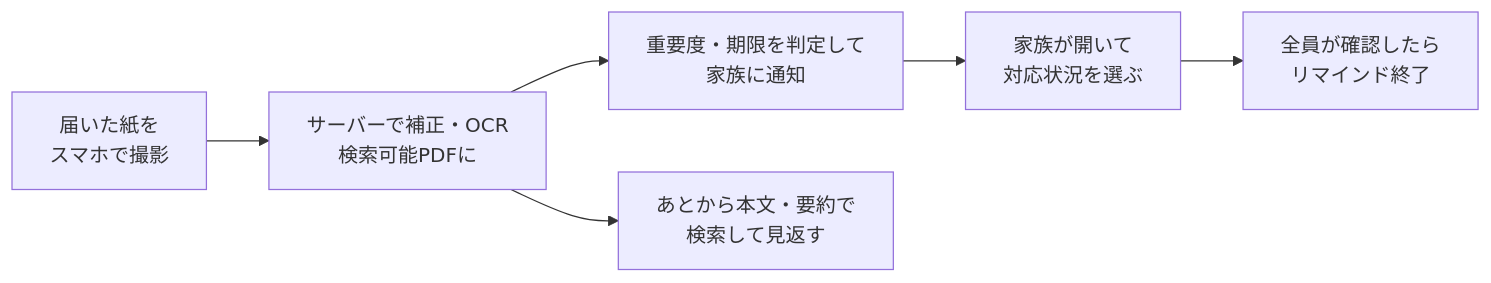
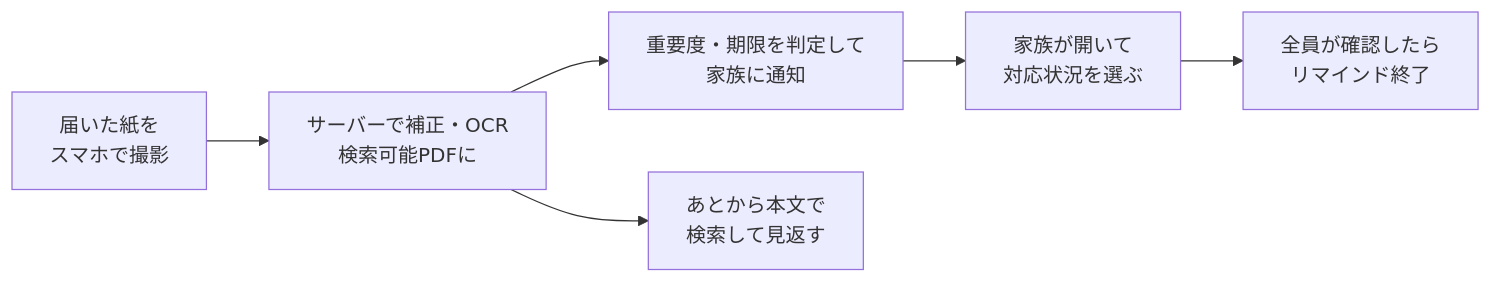
One commit to makoto-kamimura/docker_document_management changed the first of 2 diagrams in README.md. Above: the diagram before and after it, drawn with Mermaid. The commit also changed other lines of this file and 8 other files, not shown here.

````diff
--- a/README.md
+++ b/README.md
@@ -78,8 +80,8 @@
 ```mermaid
 flowchart LR
   A["届いた紙を<br/>スマホで撮影"] --> B["サーバーで補正・OCR<br/>検索可能PDFに"]
   B --> C["重要度・期限を判定して<br/>家族に通知"]
   C --> D["家族が開いて<br/>対応状況を選ぶ"]
   D --> E["全員が確認したら<br/>リマインド終了"]
-  B --> F["あとから本文・要約で<br/>検索して見返す"]
+  B --> F["あとから本文で<br/>検索して見返す"]
 ```
````
